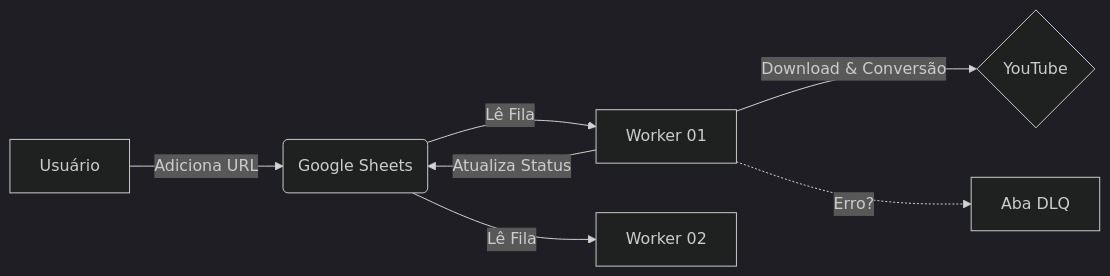
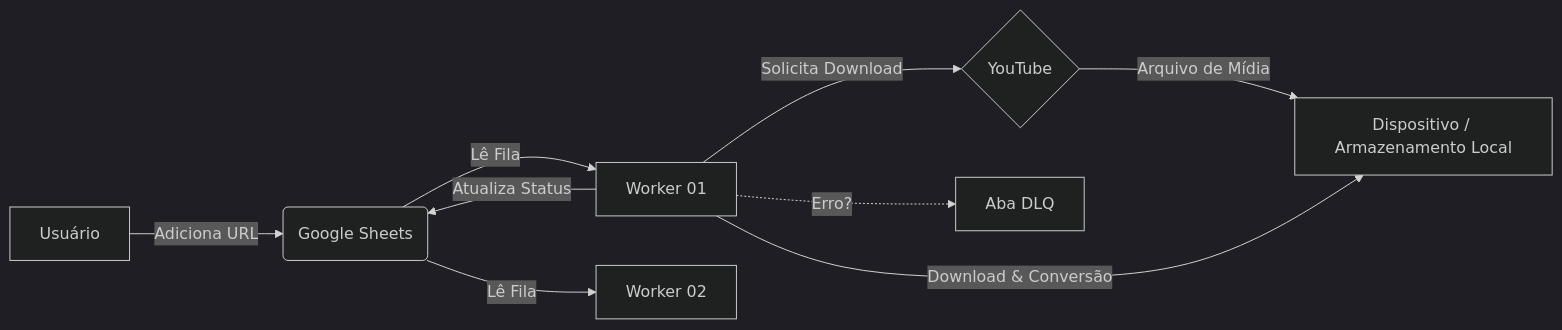
The diagram in README.md (AndreKoraleski/YT-G-Sheets-Audio-DL-Worker), drawn with Mermaid (dark theme) before and after one commit.

Commit message:
Enhance flow diagram with download request details
Updated flow diagram in README to include download requests.

````diff
--- a/README.md
+++ b/README.md
@@ -15,9 +15,13 @@
 ```mermaid
 graph LR
     A[Usuário] -->|Adiciona URL| B(Google Sheets)
     B -->|Lê Fila| C[Worker 01]
     B -->|Lê Fila| D[Worker 02]
-    C -->|Download & Conversão| E{YouTube}
+
+    C -->|Solicita Download| E{YouTube}
+    E -->|Arquivo de Mídia| G[Dispositivo / Armazenamento Local]
+    C -->|Download & Conversão| G
+
     C -->|Atualiza Status| B
     C -.->|Erro?| F[Aba DLQ]
 ```
````
